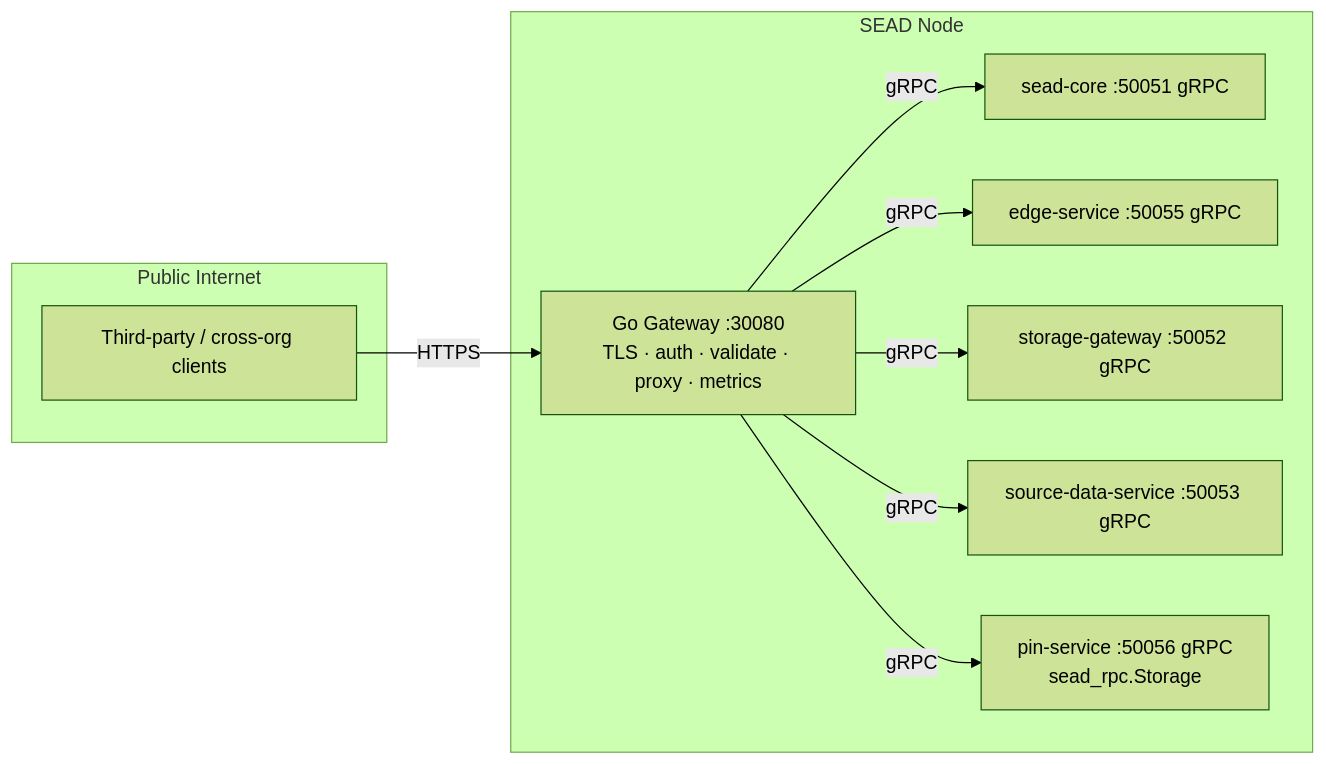
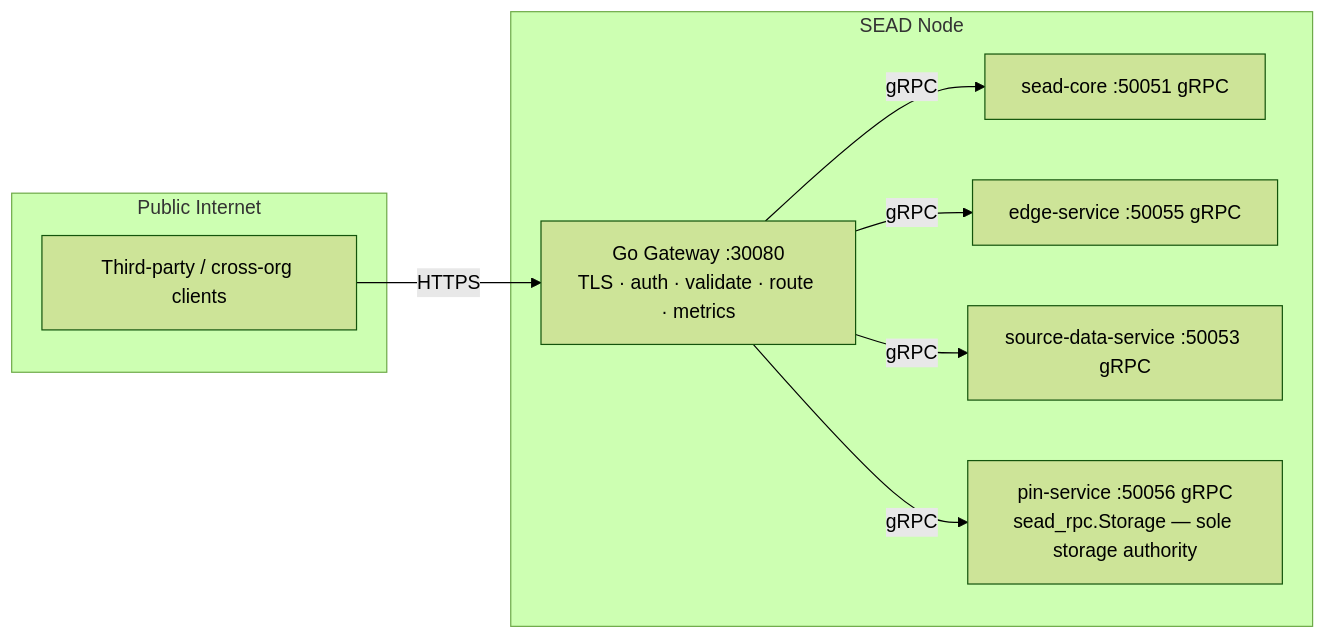
Before and after one commit to Stardome-technology/stardome-sead-gateway: the diagram in README.md, drawn with Mermaid (forest theme). The commit also changed other lines of this file, not shown here.

Commit message:
docs: gateway as pure router over pin-service (no storage-gateway)

````diff
--- a/README.md
+++ b/README.md
@@ -10,22 +12,20 @@
 ```mermaid
 graph LR
     subgraph "Public Internet"
         Client[Third-party / cross-org clients]
     end
 
     subgraph "SEAD Node"
-        GW[Go Gateway :30080<br/>TLS · auth · validate · proxy · metrics]
+        GW[Go Gateway :30080<br/>TLS · auth · validate · route · metrics]
         SC[sead-core :50051 gRPC]
         ED[edge-service :50055 gRPC]
-        ST[storage-gateway :50052 gRPC]
         SD[source-data-service :50053 gRPC]
-        PS[pin-service :50056 gRPC<br/>sead_rpc.Storage]
+        PS[pin-service :50056 gRPC<br/>sead_rpc.Storage — sole storage authority]
         GW -->|gRPC| SC
         GW -->|gRPC| ED
-        GW -->|gRPC| ST
         GW -->|gRPC| SD
         GW -->|gRPC| PS
     end
 
     Client -->|HTTPS| GW
 ```
````
